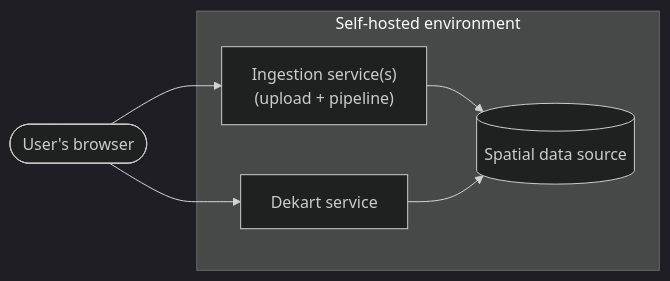
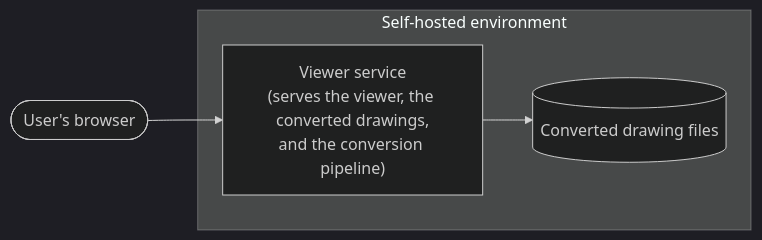
Before and after one commit to Peterie/NLCSWebViewer: the third of 3 diagrams in docs/spec/03-system-architecture.md, drawn with Mermaid (dark theme). The commit also changed other lines of this file and 8 other files, not shown here.

````diff
--- a/docs/spec/03-system-architecture.md
+++ b/docs/spec/03-system-architecture.md
@@ -144,12 +125,9 @@
 ```mermaid
 flowchart LR
     subgraph host ["Self-hosted environment"]
-        ing["Ingestion service(s)<br/>(upload + pipeline)"]
-        db[("Spatial data source")]
-        dk["Dekart service"]
+        app["Viewer service<br/>(serves the viewer, the converted drawings,<br/>and the conversion pipeline)"]
+        files[("Converted drawing files")]
     end
-    browser(["User's browser"]) --> ing
-    browser --> dk
-    ing --> db
-    dk --> db
+    browser(["User's browser"]) --> app
+    app --> files
 ```
````
